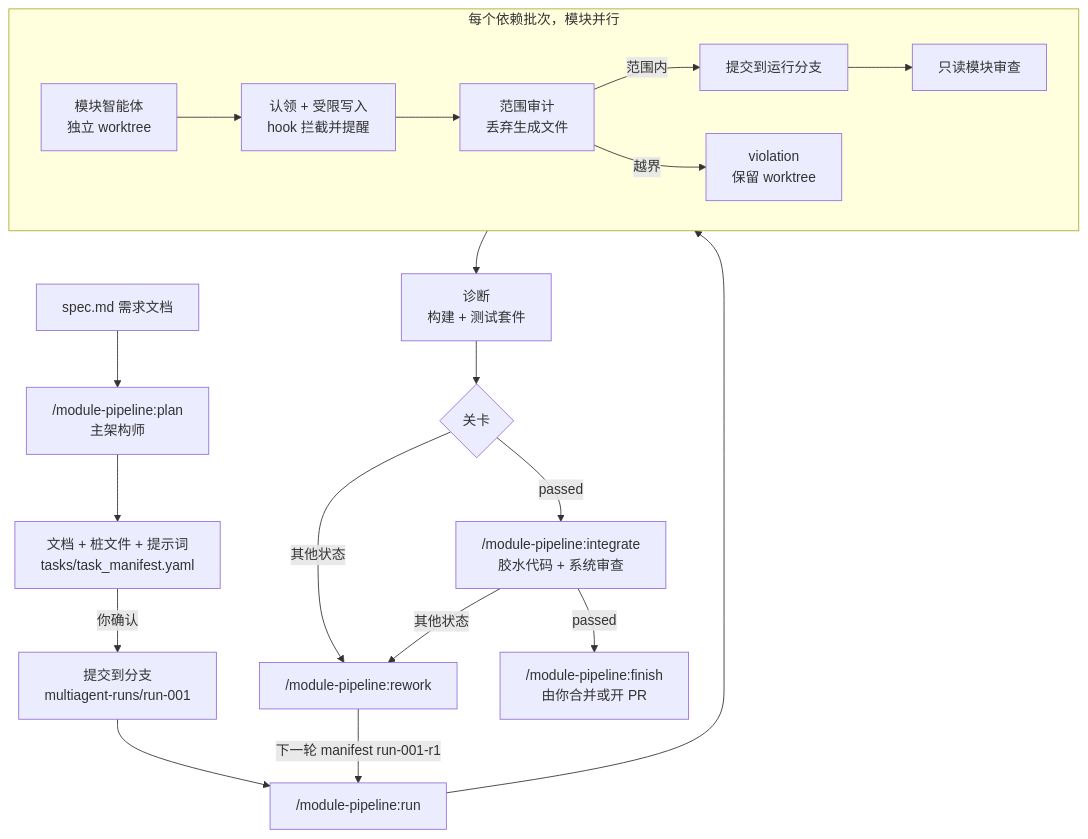
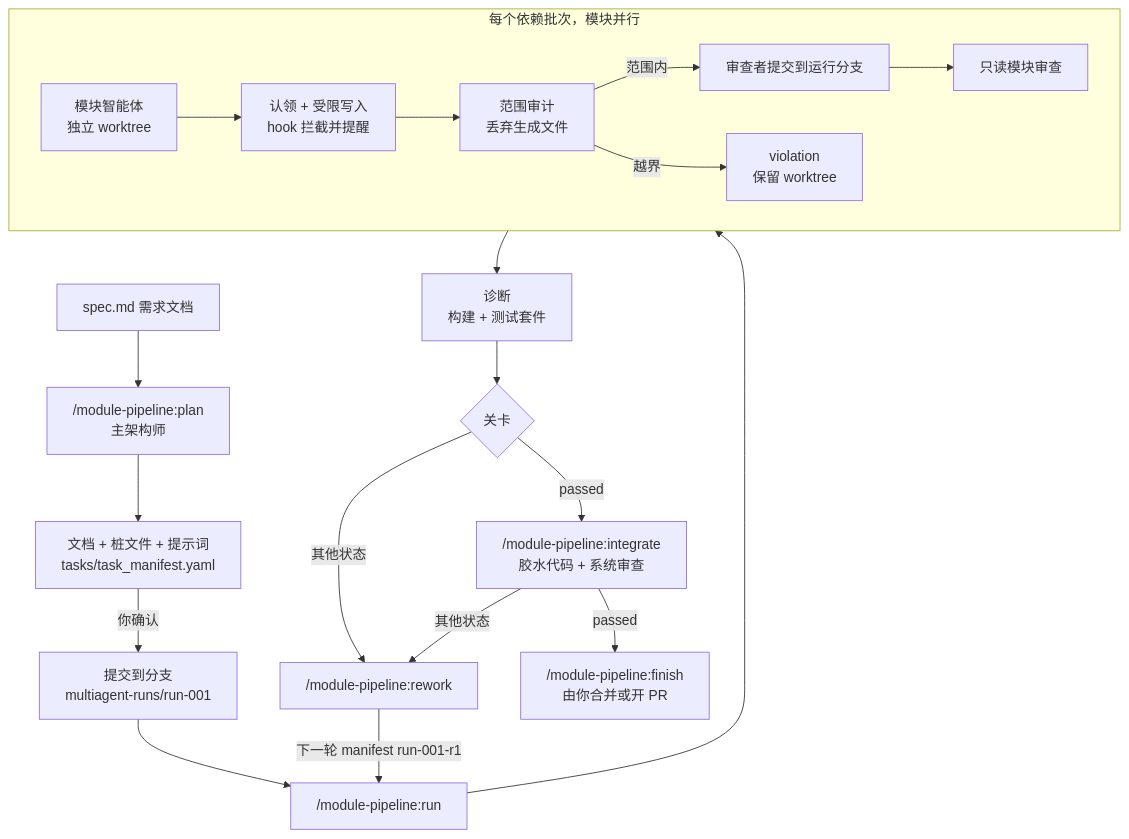
One commit to spardanviro/MultiAgentGameStudio changed the diagram in README.zh-CN.md. Above: the diagram before and after it, drawn with Mermaid. The commit also changed other lines of this file and 24 other files, not shown here.

````diff
--- a/README.zh-CN.md
+++ b/README.zh-CN.md
@@ -90,22 +96,22 @@
 ```mermaid
 flowchart TD
     S[spec.md 需求文档] --> P["/module-pipeline:plan<br/>主架构师"]
     P --> M[文档 + 桩文件 + 提示词<br/>tasks/task_manifest.yaml]
     M -->|你确认| B[提交到分支<br/>multiagent-runs/run-001]
     B --> R["/module-pipeline:run"]
     subgraph wave [每个依赖批次，模块并行]
         I[模块智能体<br/>独立 worktree] --> C[认领 + 受限写入<br/>hook 拦截并提醒]
         C --> A[范围审计<br/>丢弃生成文件]
-        A -->|范围内| K[提交到运行分支]
+        A -->|范围内| K[审查者提交到运行分支]
         A -->|越界| V[violation<br/>保留 worktree]
         K --> RV[只读模块审查]
     end
     R --> wave
     wave --> D[诊断<br/>构建 + 测试套件]
     D --> G{关卡}
     G -->|passed| INT["/module-pipeline:integrate<br/>胶水代码 + 系统审查"]
     G -->|其他状态| RW["/module-pipeline:rework"]
     INT -->|passed| MERGE["/module-pipeline:finish<br/>由你合并或开 PR"]
     INT -->|其他状态| RW
     RW -->|下一轮 manifest run-001-r1| R
 ```
````
